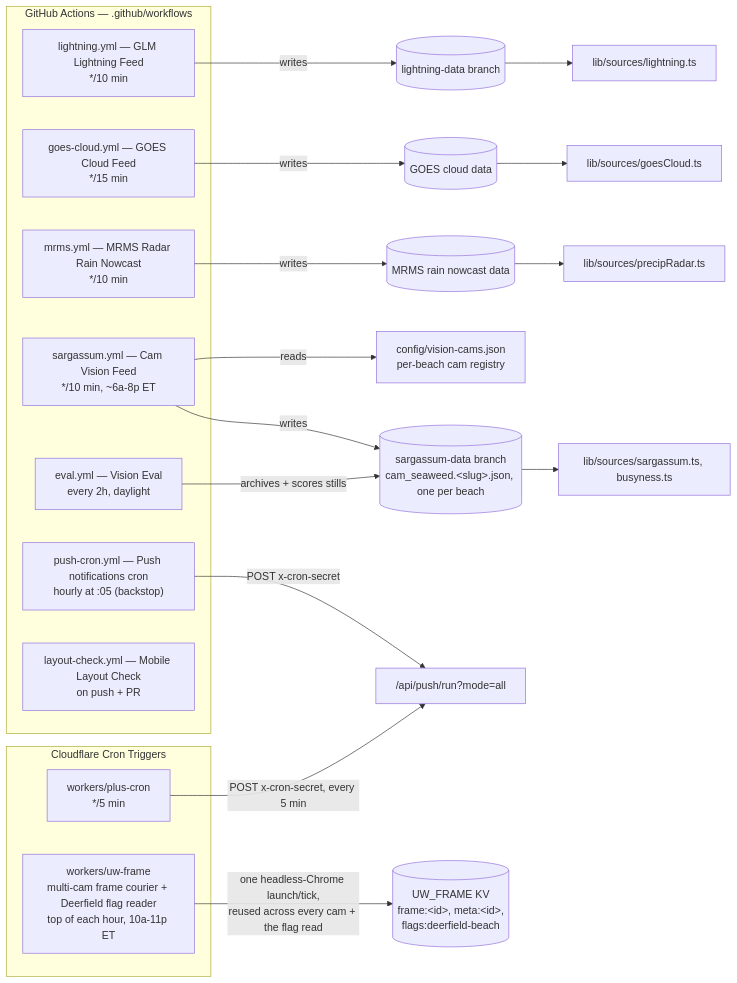
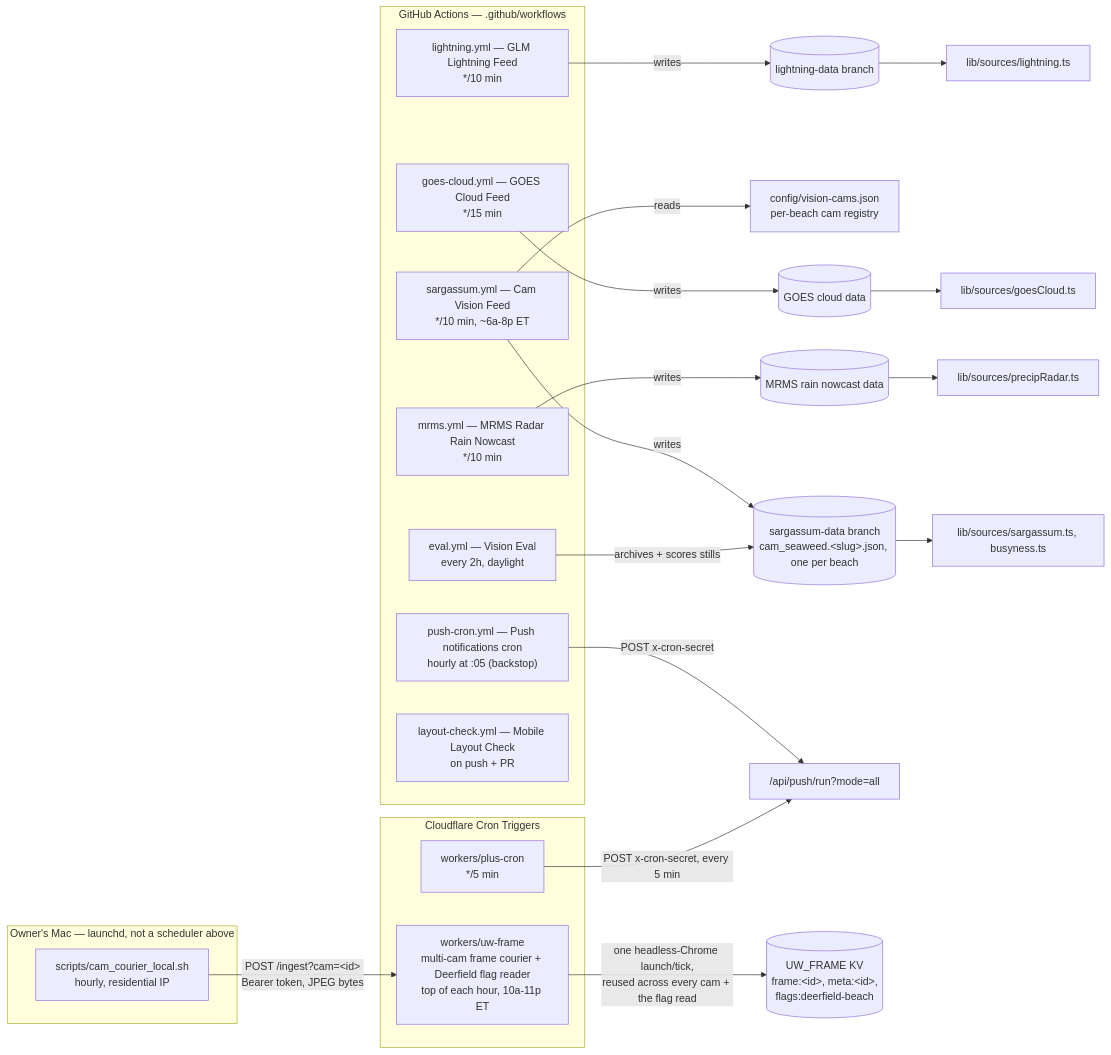
The second of 3 diagrams in docs/architecture.md (jayfrid-bot/bocabeach), drawn with Mermaid before and after one commit. The commit also changed other lines of this file and 10 other files, not shown here.

````diff
--- a/docs/architecture.md
+++ b/docs/architecture.md
@@ -57,33 +57,39 @@
 ```mermaid
 flowchart LR
   subgraph gh [GitHub Actions — .github/workflows]
     LGT["lightning.yml — GLM Lightning Feed<br/>*/10 min"]
     GOES["goes-cloud.yml — GOES Cloud Feed<br/>*/15 min"]
     MRMS["mrms.yml — MRMS Radar Rain Nowcast<br/>*/10 min"]
     SARG["sargassum.yml — Cam Vision Feed<br/>*/10 min, ~6a-8p ET"]
     EVAL["eval.yml — Vision Eval<br/>every 2h, daylight"]
     PUSHCRON["push-cron.yml — Push notifications cron<br/>hourly at :05 (backstop)"]
     LAYOUT["layout-check.yml — Mobile Layout Check<br/>on push + PR"]
   end
 
   subgraph cf [Cloudflare Cron Triggers]
     PLUSCRON["workers/plus-cron<br/>*/5 min"]
     UWFRAME["workers/uw-frame<br/>multi-cam frame courier + Deerfield flag reader<br/>top of each hour, 10a-11p ET"]
   end
 
+  subgraph mac [Owner's Mac — launchd, not a scheduler above]
+    CAMCOURIER["scripts/cam_courier_local.sh<br/>hourly, residential IP"]
+  end
+
+  CAMCOURIER -->|"POST /ingest?cam=&lt;id&gt;<br/>Bearer token, JPEG bytes"| UWFRAME
+
   LGT -->|writes| LDATA[(lightning-data branch)]
   SARG -->|reads| VCAMS[config/vision-cams.json<br/>per-beach cam registry]
   SARG -->|writes| SDATA[(sargassum-data branch<br/>cam_seaweed.&lt;slug&gt;.json, one per beach)]
   GOES -->|writes| GDATA[(GOES cloud data)]
   MRMS -->|writes| MDATA[(MRMS rain nowcast data)]
   EVAL -->|archives + scores stills| SDATA
 
   LDATA --> SOURCES2[lib/sources/lightning.ts]
   SDATA --> SOURCES3[lib/sources/sargassum.ts, busyness.ts]
   GDATA --> SOURCES4[lib/sources/goesCloud.ts]
   MDATA --> SOURCES5[lib/sources/precipRadar.ts]
 
   PUSHCRON -->|POST x-cron-secret| RUN["/api/push/run?mode=all"]
   PLUSCRON -->|POST x-cron-secret, every 5 min| RUN
   UWFRAME -->|one headless-Chrome launch/tick,<br/>reused across every cam + the flag read| UWKV[(UW_FRAME KV<br/>frame:&lt;id&gt;, meta:&lt;id&gt;,<br/>flags:deerfield-beach)]
 ```
````
